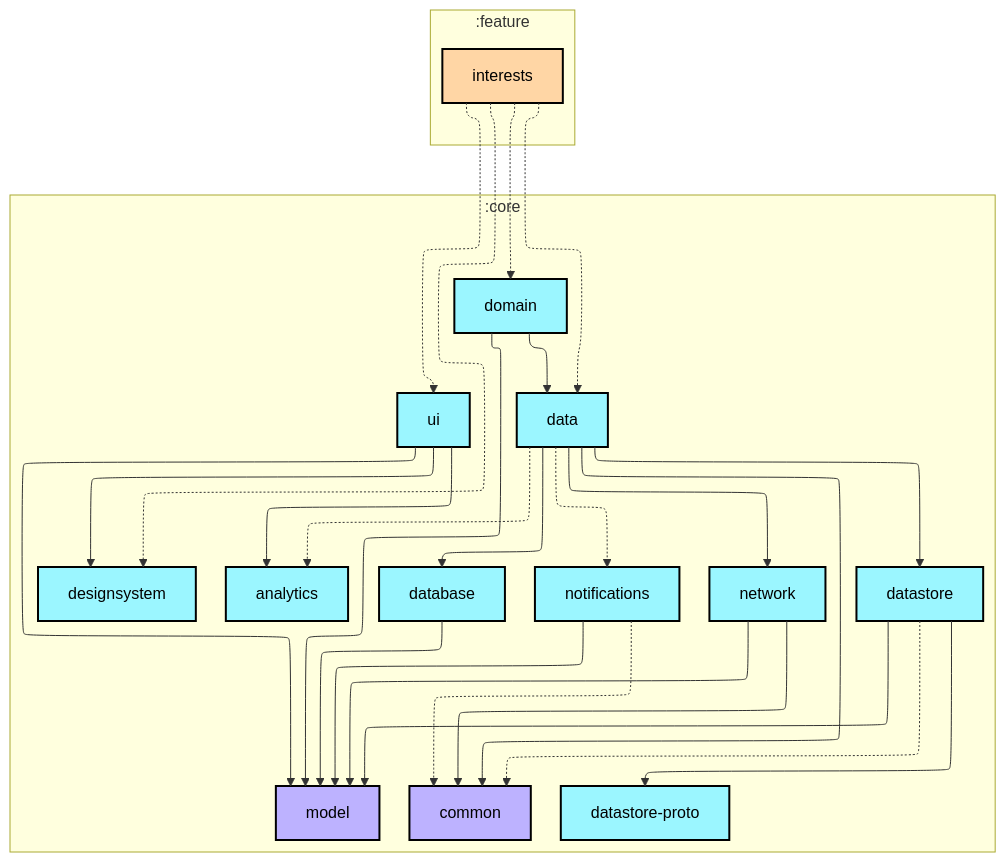
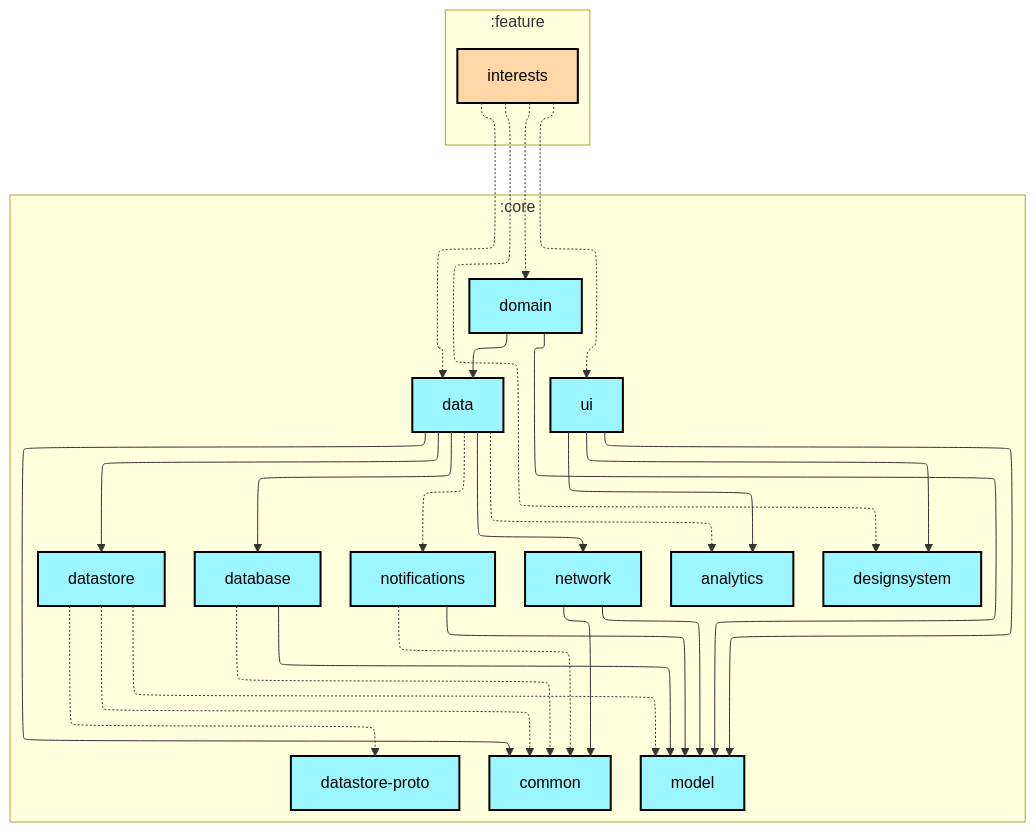
The first of 2 diagrams in feature/interests/README.md (lihenggui/nowinkmp), drawn with Mermaid before and after one commit. The commit also changed other lines of this file and 29 other files, not shown here.

First line of the commit message:
Fix graphUpdate configuration cache compatibility

````diff
--- a/feature/interests/README.md
+++ b/feature/interests/README.md
@@ -6,59 +6,60 @@
 ```mermaid
 ---
 config:
   layout: elk
   elk:
     nodePlacementStrategy: SIMPLE
 ---
 graph TB
+  subgraph :feature
+    direction TB
+    :feature:interests[interests]:::cmp-feature
+  end
   subgraph :core
     direction TB
-    :core:analytics[analytics]:::android-library
-    :core:common[common]:::jvm-library
-    :core:data[data]:::android-library
-    :core:database[database]:::android-library
-    :core:datastore[datastore]:::android-library
-    :core:datastore-proto[datastore-proto]:::android-library
-    :core:designsystem[designsystem]:::android-library
-    :core:domain[domain]:::android-library
-    :core:model[model]:::jvm-library
-    :core:network[network]:::android-library
-    :core:notifications[notifications]:::android-library
-    :core:ui[ui]:::android-library
-  end
-  subgraph :feature
-    direction TB
-    :feature:interests[interests]:::android-feature
+    :core:analytics[analytics]:::kmp-library
+    :core:common[common]:::kmp-library
+    :core:data[data]:::kmp-library
+    :core:database[database]:::kmp-library
+    :core:datastore[datastore]:::kmp-library
+    :core:datastore-proto[datastore-proto]:::kmp-library
+    :core:designsystem[designsystem]:::kmp-library
+    :core:domain[domain]:::kmp-library
+    :core:model[model]:::kmp-library
+    :core:network[network]:::kmp-library
+    :core:notifications[notifications]:::kmp-library
+    :core:ui[ui]:::kmp-library
   end
 
   :core:data -.-> :core:analytics
   :core:data --> :core:common
   :core:data --> :core:database
   :core:data --> :core:datastore
   :core:data --> :core:network
   :core:data -.-> :core:notifications
+  :core:database -.-> :core:common
   :core:database --> :core:model
   :core:datastore -.-> :core:common
-  :core:datastore --> :core:datastore-proto
-  :core:datastore --> :core:model
+  :core:datastore -.-> :core:datastore-proto
+  :core:datastore -.-> :core:model
   :core:domain --> :core:data
   :core:domain --> :core:model
   :core:network --> :core:common
   :core:network --> :core:model
   :core:notifications -.-> :core:common
   :core:notifications --> :core:model
   :core:ui --> :core:analytics
   :core:ui --> :core:designsystem
   :core:ui --> :core:model
   :feature:interests -.-> :core:data
   :feature:interests -.-> :core:designsystem
   :feature:interests -.-> :core:domain
   :feature:interests -.-> :core:ui
 
-classDef android-application fill:#CAFFBF,stroke:#000,stroke-width:2px,color:#000;
-classDef android-feature fill:#FFD6A5,stroke:#000,stroke-width:2px,color:#000;
-classDef android-library fill:#9BF6FF,stroke:#000,stroke-width:2px,color:#000;
+classDef cmp-application fill:#CAFFBF,stroke:#000,stroke-width:2px,color:#000;
+classDef cmp-feature fill:#FFD6A5,stroke:#000,stroke-width:2px,color:#000;
+classDef kmp-library fill:#9BF6FF,stroke:#000,stroke-width:2px,color:#000;
+classDef jvm-library fill:#BDB2FF,stroke:#000,stroke-width:2px,color:#000;
 classDef android-test fill:#A0C4FF,stroke:#000,stroke-width:2px,color:#000;
-classDef jvm-library fill:#BDB2FF,stroke:#000,stroke-width:2px,color:#000;
 classDef unknown fill:#FFADAD,stroke:#000,stroke-width:2px,color:#000;
 ```
````
